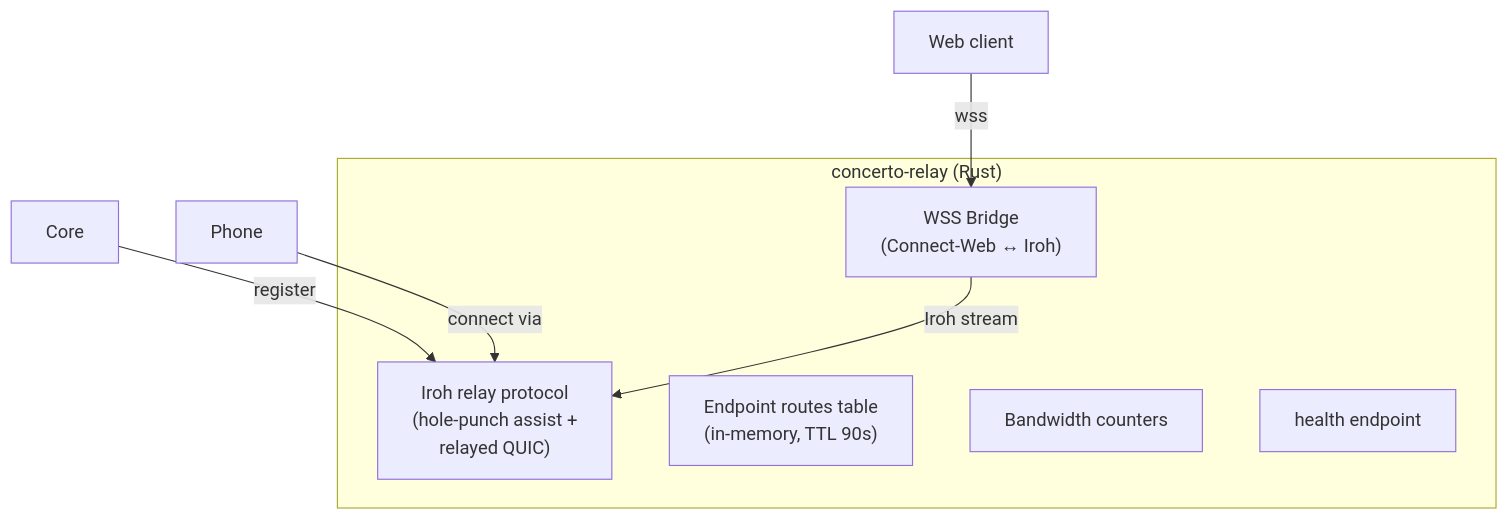
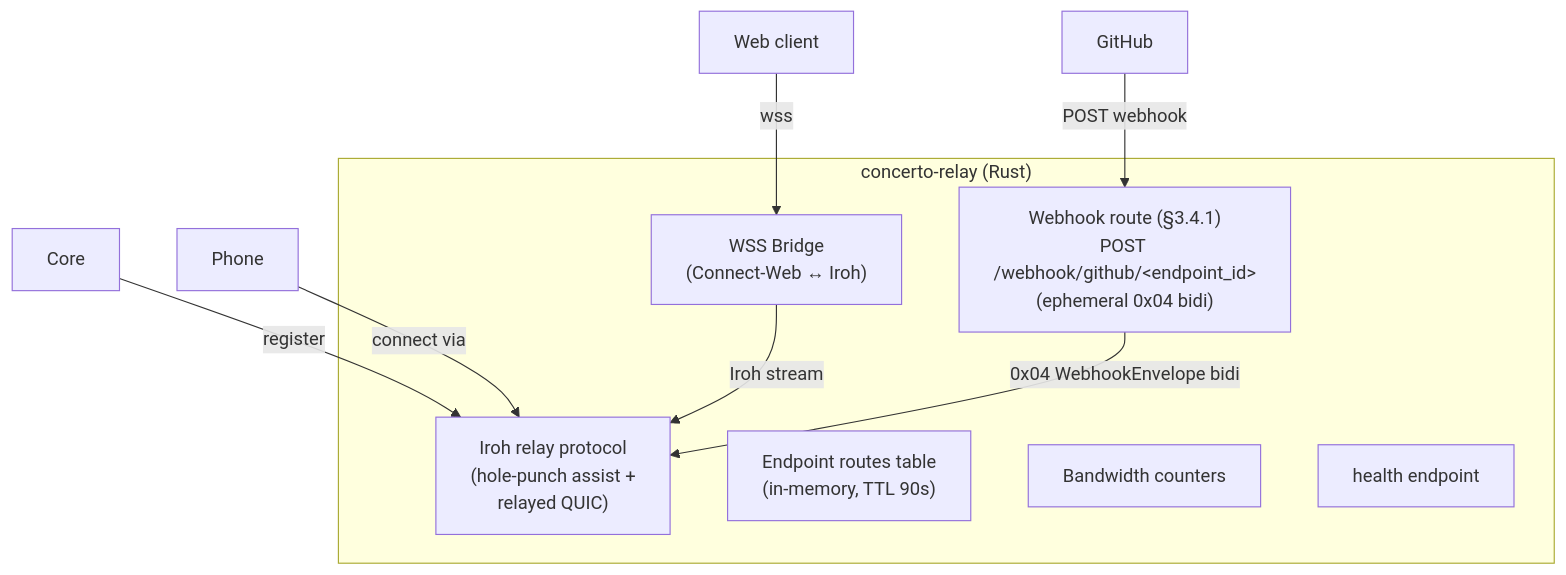
The second of 6 diagrams in design/11_Remote_Transport_Relay.md (aminry/concerto), drawn with Mermaid before and after one commit. The commit also changed other lines of this file and 2 other files, not shown here.

First line of the commit message:
phase-3: design amendment — relay→Core webhook framing on the 0x04 Webhook channel

````diff
--- a/design/11_Remote_Transport_Relay.md
+++ b/design/11_Remote_Transport_Relay.md
@@ -341,14 +422,17 @@
 ```mermaid
 flowchart TB
     subgraph Relay["concerto-relay (Rust)"]
         IrohRelay["Iroh relay protocol<br/>(hole-punch assist +<br/>relayed QUIC)"]
         Routes["Endpoint routes table<br/>(in-memory, TTL 90s)"]
         Wss["WSS Bridge<br/>(Connect-Web ↔ Iroh)"]
+        WebhookRt["Webhook route (§3.4.1)<br/>POST /webhook/github/&lt;endpoint_id&gt;<br/>(ephemeral 0x04 bidi)"]
         BW["Bandwidth counters"]
         Health["health endpoint"]
     end
     Core["Core"] -->|register| IrohRelay
     Phone["Phone"] -->|connect via| IrohRelay
     Web["Web client"] -->|wss| Wss
     Wss -->|Iroh stream| IrohRelay
+    GH["GitHub"] -->|POST webhook| WebhookRt
+    WebhookRt -->|0x04 WebhookEnvelope bidi| IrohRelay
 ```
````
